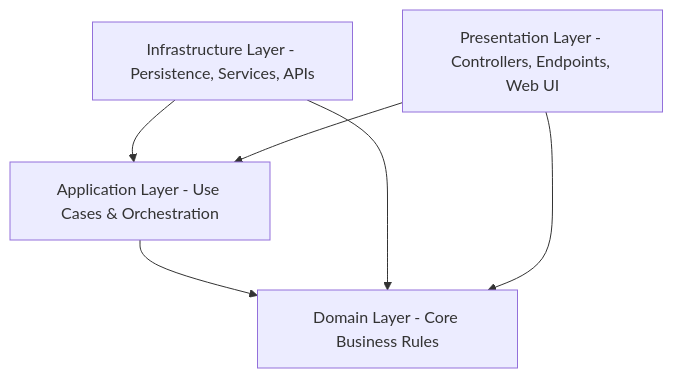
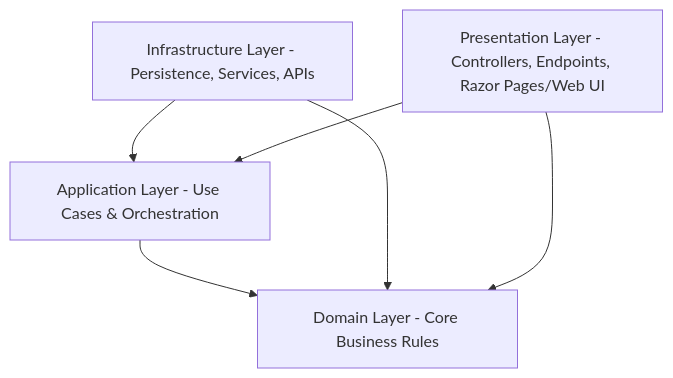
Before and after one commit to LiemDT2005/AcadPrep: the diagram in docs/architecture/1_overview.md, drawn with Mermaid. The commit also changed other lines of this file and 1 other file, not shown here.

Commit message:
docs: Add Razor Pages architectural guidelines to architecture documentation

````diff
--- a/docs/architecture/1_overview.md
+++ b/docs/architecture/1_overview.md
@@ -9,13 +9,13 @@
 ```mermaid
 graph TD
     Domain[Domain Layer - Core Business Rules]
     Application[Application Layer - Use Cases & Orchestration]
     Infrastructure[Infrastructure Layer - Persistence, Services, APIs]
-    Presentation[Presentation Layer - Controllers, Endpoints, Web UI]
+    Presentation[Presentation Layer - Controllers, Endpoints, Razor Pages/Web UI]
 
     Application --> Domain
     Infrastructure --> Application
     Infrastructure --> Domain
     Presentation --> Application
     Presentation --> Domain
 ```
````
